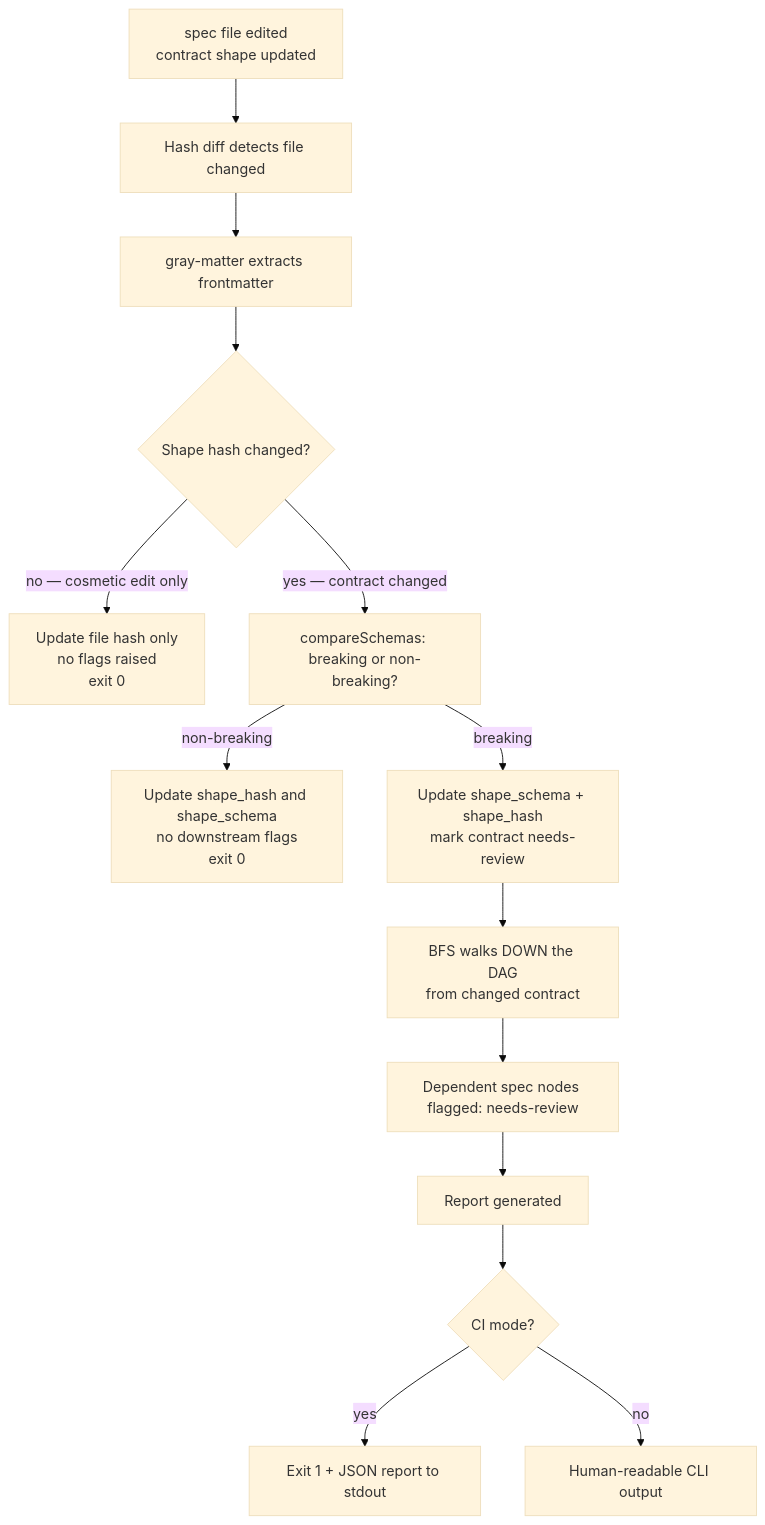
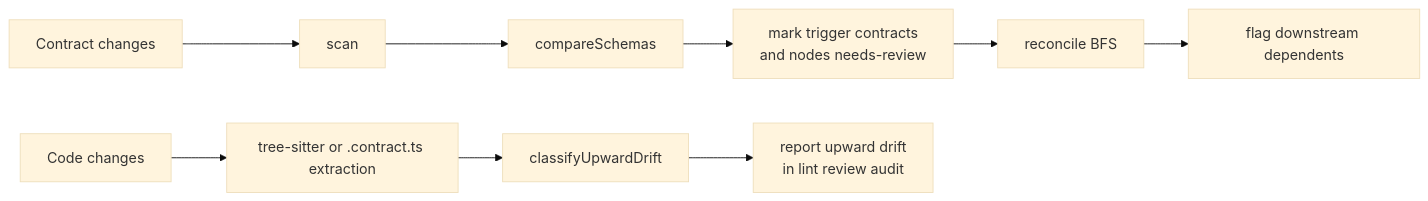
The second of 2 diagrams in spec/MASTER-ARCHITECTURE.MD (BenGardiner123/spec-ferret), drawn with Mermaid (base theme) before and after one commit. The commit also changed other lines of this file and 2 other files, not shown here.

````diff
--- a/spec/MASTER-ARCHITECTURE.MD
+++ b/spec/MASTER-ARCHITECTURE.MD
@@ -157,16 +573,12 @@
 ```mermaid
-flowchart TD
-    A[spec file edited<br/>contract shape updated] --> B[Hash diff detects file changed]
-    B --> C[gray-matter extracts frontmatter]
-    C --> D{Shape hash changed?}
-    D -->|no — cosmetic edit only| E[Update file hash only<br/>no flags raised<br/>exit 0]
-    D -->|yes — contract changed| F[compareSchemas: breaking or non-breaking?]
-    F -->|non-breaking| NB[Update shape_hash and shape_schema<br/>no downstream flags<br/>exit 0]
-    F -->|breaking| G[Update shape_schema + shape_hash<br/>mark contract needs-review]
-    G --> H[BFS walks DOWN the DAG<br/>from changed contract]
-    H --> I[Dependent spec nodes flagged: needs-review]
-    I --> J[Report generated]
-    J --> K{CI mode?}
-    K -->|yes| L[Exit 1 + JSON report to stdout]
-    K -->|no| M[Human-readable CLI output]
+flowchart LR
+		A[Contract changes] --> B[scan]
+		B --> C[compareSchemas]
+		C --> D[mark trigger contracts\nand nodes needs-review]
+		D --> E[reconcile BFS]
+		E --> F[flag downstream dependents]
+
+		G[Code changes] --> H[tree-sitter or .contract.ts extraction]
+		H --> I[classifyUpwardDrift]
+		I --> J[report upward drift\nin lint review audit]
 ```
````
